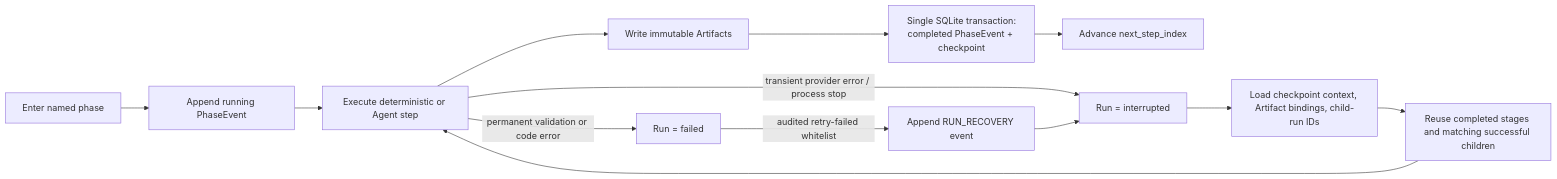
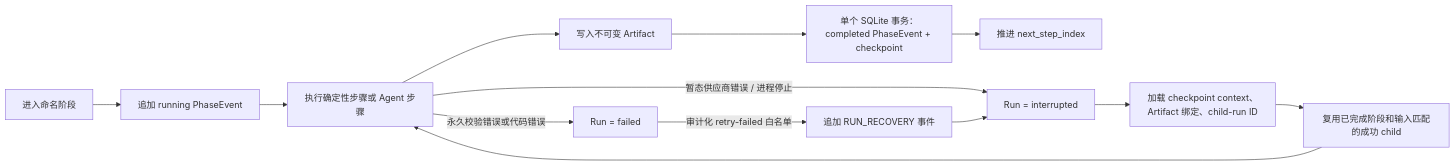
The tenth of 13 diagrams in README.md (kyc001/assessment-workbench), drawn with Mermaid before and after one commit. The commit also changed other lines of this file and 2 other files, not shown here.

````diff
--- a/README.md
+++ b/README.md
@@ -517,17 +517,17 @@
 ```mermaid
 flowchart LR
-    Start["Enter named phase"] --> RunningEvent["Append running PhaseEvent"]
-    RunningEvent --> Work["Execute deterministic or Agent step"]
-    Work --> Artifacts["Write immutable Artifacts"]
-    Artifacts --> Commit["Single SQLite transaction:\ncompleted PhaseEvent + checkpoint"]
-    Commit --> Next["Advance next_step_index"]
+    Start["进入命名阶段"] --> RunningEvent["追加 running PhaseEvent"]
+    RunningEvent --> Work["执行确定性步骤或 Agent 步骤"]
+    Work --> Artifacts["写入不可变 Artifact"]
+    Artifacts --> Commit["单个 SQLite 事务：\ncompleted PhaseEvent + checkpoint"]
+    Commit --> Next["推进 next_step_index"]
 
-    Work -->|"transient provider error / process stop"| Interrupted["Run = interrupted"]
-    Interrupted --> Resume["Load checkpoint context, Artifact bindings, child-run IDs"]
-    Resume --> Reuse["Reuse completed stages and matching successful children"]
+    Work -->|"暂态供应商错误 / 进程停止"| Interrupted["Run = interrupted"]
+    Interrupted --> Resume["加载 checkpoint context、Artifact 绑定、child-run ID"]
+    Resume --> Reuse["复用已完成阶段和输入匹配的成功 child"]
     Reuse --> Work
 
-    Work -->|"permanent validation or code error"| Failed["Run = failed"]
-    Failed -->|"audited retry-failed whitelist"| RecoveryEvent["Append RUN_RECOVERY event"]
+    Work -->|"永久校验错误或代码错误"| Failed["Run = failed"]
+    Failed -->|"审计化 retry-failed 白名单"| RecoveryEvent["追加 RUN_RECOVERY 事件"]
     RecoveryEvent --> Interrupted
 ```
````
